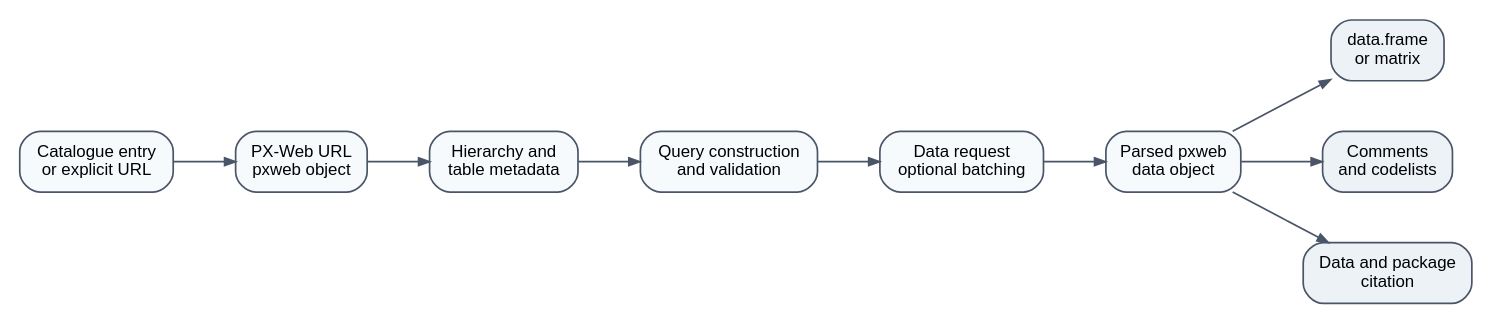
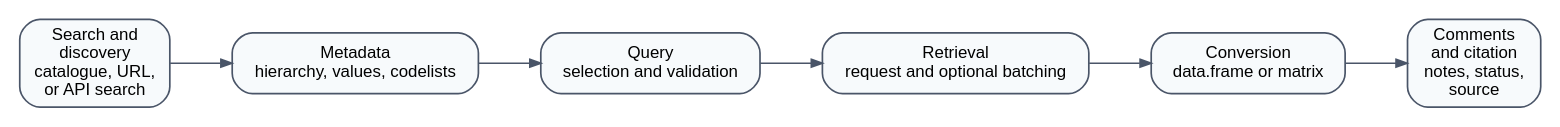
The diagram in paper/workflow-model.dot (rOpenGov/pxweb), drawn with Graphviz before and after one commit. The commit also changed 2 other files, not shown here.

```diff
--- a/paper/workflow-model.dot
+++ b/paper/workflow-model.dot
@@ -1,47 +1,40 @@
 
 digraph pxweb_workflow {
   graph [
     rankdir = LR,
     bgcolor = "white",
     margin = 0.05,
     nodesep = 0.42,
     ranksep = 0.52
   ];
 
   node [
     shape = box,
     style = "rounded,filled",
     color = "#4A5568",
     fillcolor = "#F7FAFC",
     fontname = "Helvetica",
     fontsize = 10,
     margin = "0.08,0.05"
   ];
 
   edge [
     color = "#4A5568",
     arrowsize = 0.65,
     fontname = "Helvetica",
     fontsize = 9
   ];
 
-  start [label = "Catalogue entry\nor explicit URL"];
-  url [label = "PX-Web URL\npxweb object"];
-  metadata [label = "Hierarchy and\ntable metadata"];
-  query [label = "Query construction\nand validation"];
-  request [label = "Data request\noptional batching"];
-  data [label = "Parsed pxweb\ndata object"];
+  search [label = "Search and\ndiscovery\ncatalogue, URL,\nor API search"];
+  metadata [label = "Metadata\nhierarchy, values, codelists"];
+  query [label = "Query\nselection and validation"];
+  retrieval [label = "Retrieval\nrequest and optional batching"];
+  conversion [label = "Conversion\ndata.frame or matrix"];
+  comments [label = "Comments\nand citation\nnotes, status,\nsource"];
 
-  dataframe [label = "data.frame\nor matrix", fillcolor = "#EDF2F7"];
-  comments [label = "Comments\nand codelists", fillcolor = "#EDF2F7"];
-  citation [label = "Data and package\ncitation", fillcolor = "#EDF2F7"];
-
-  start -> url;
-  url -> metadata;
+  search -> metadata;
   metadata -> query;
-  query -> request;
-  request -> data;
-  data -> dataframe;
-  data -> comments;
-  data -> citation;
+  query -> retrieval;
+  retrieval -> conversion;
+  conversion -> comments;
 }
```
